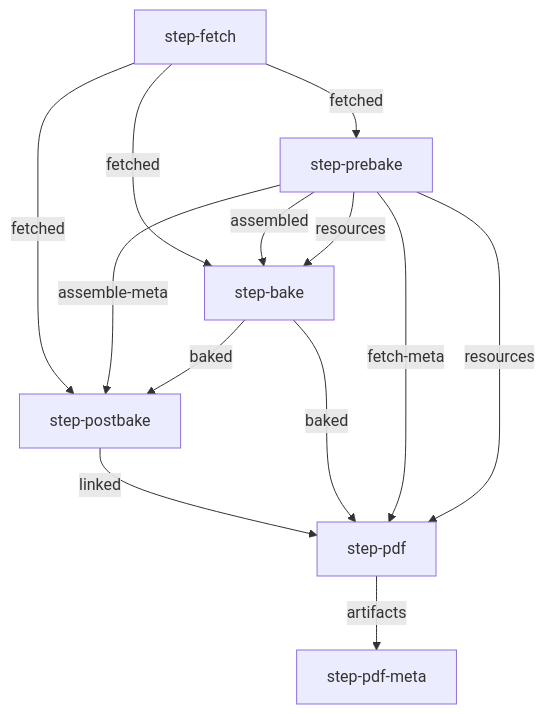
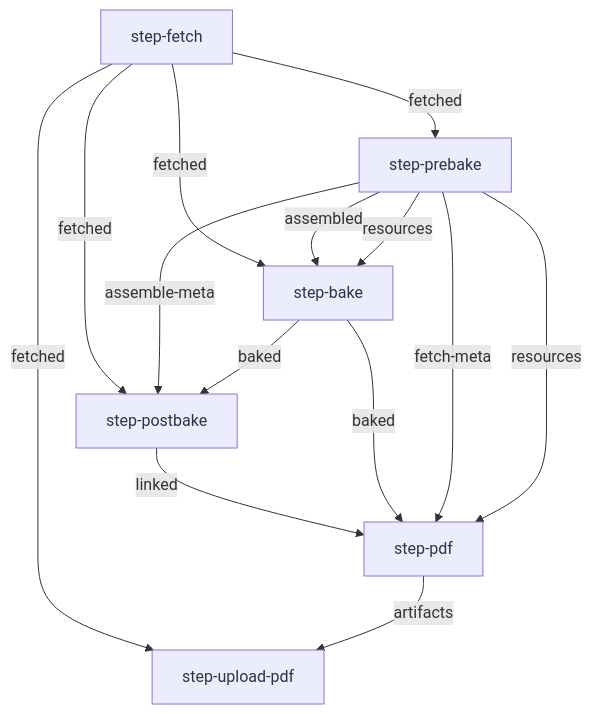
One commit to openstax/enki changed the diagram in README.md. Above: the diagram before and after it, drawn with Mermaid. The commit also changed 5 other files, not shown here.

````diff
--- a/README.md
+++ b/README.md
@@ -124,15 +124,16 @@
 ```mermaid
 graph TB
     step-fetch -- fetched --> step-prebake
     step-fetch -- fetched --> step-bake
     step-prebake -- assembled --> step-bake
     step-prebake -- resources --> step-bake
     step-fetch -- fetched --> step-postbake
     step-prebake -- assemble-meta --> step-postbake
     step-bake -- baked --> step-postbake
     step-postbake -- linked --> step-pdf
     step-bake -- baked --> step-pdf
     step-prebake -- fetch-meta --> step-pdf
     step-prebake -- resources --> step-pdf
-    step-pdf -- artifacts --> step-pdf-meta
+    step-fetch -- fetched --> step-upload-pdf
+    step-pdf -- artifacts --> step-upload-pdf
 ```
````
